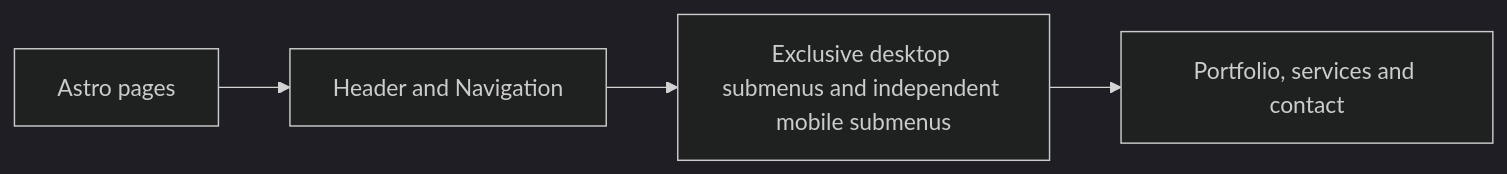
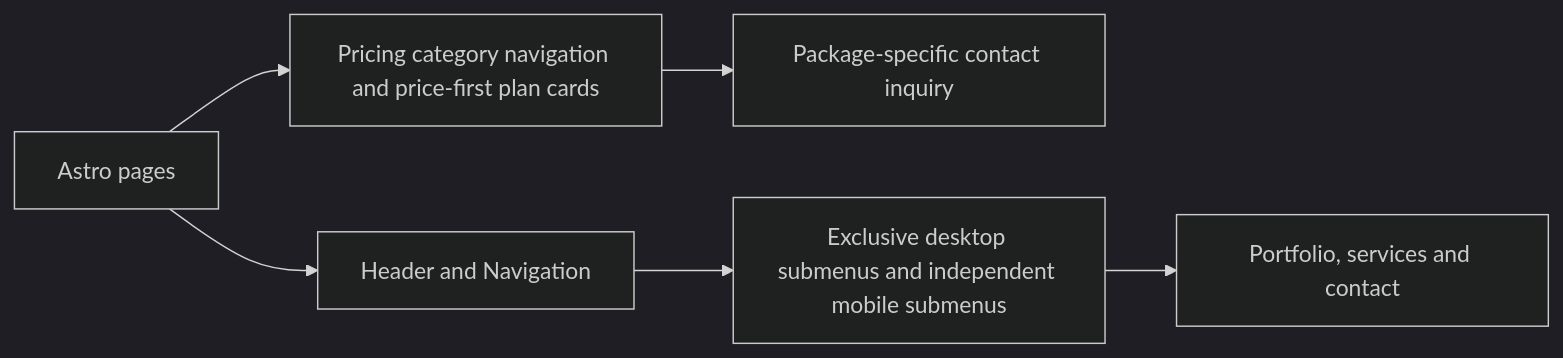
Before and after one commit to anoblet/astronautical-apogee: the diagram in src/components/readme.md, drawn with Mermaid (dark theme). The commit also changed other lines of this file and 12 other files, not shown here.

````diff
--- a/src/components/readme.md
+++ b/src/components/readme.md
@@ -12,6 +17,8 @@
 ```mermaid
 flowchart LR
+  Routes[Astro pages] --> Pricing[Pricing category navigation and price-first plan cards]
+  Pricing --> Inquiry[Package-specific contact inquiry]
   Routes[Astro pages] --> Header[Header and Navigation]
   Header --> Menu[Exclusive desktop submenus and independent mobile submenus]
   Menu --> Destinations[Portfolio, services and contact]
 ```
````
